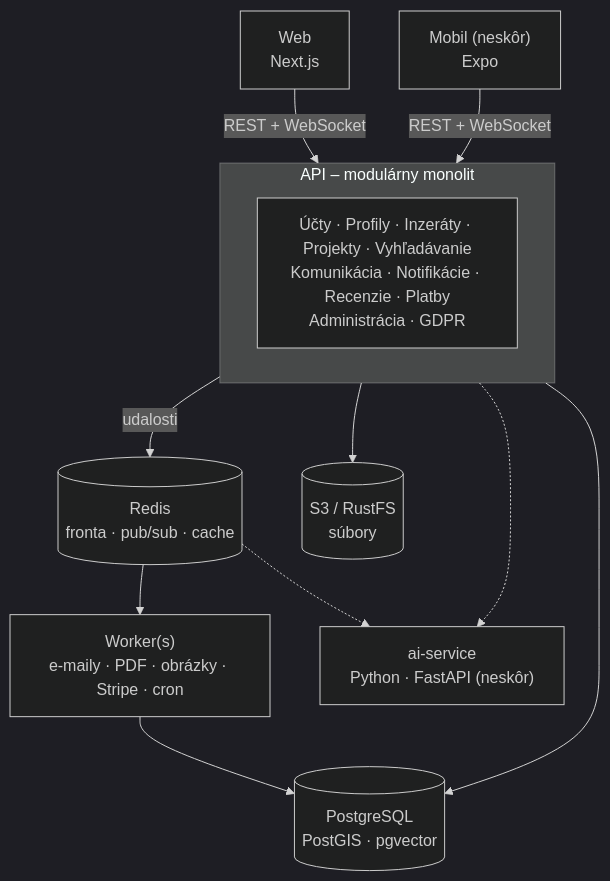
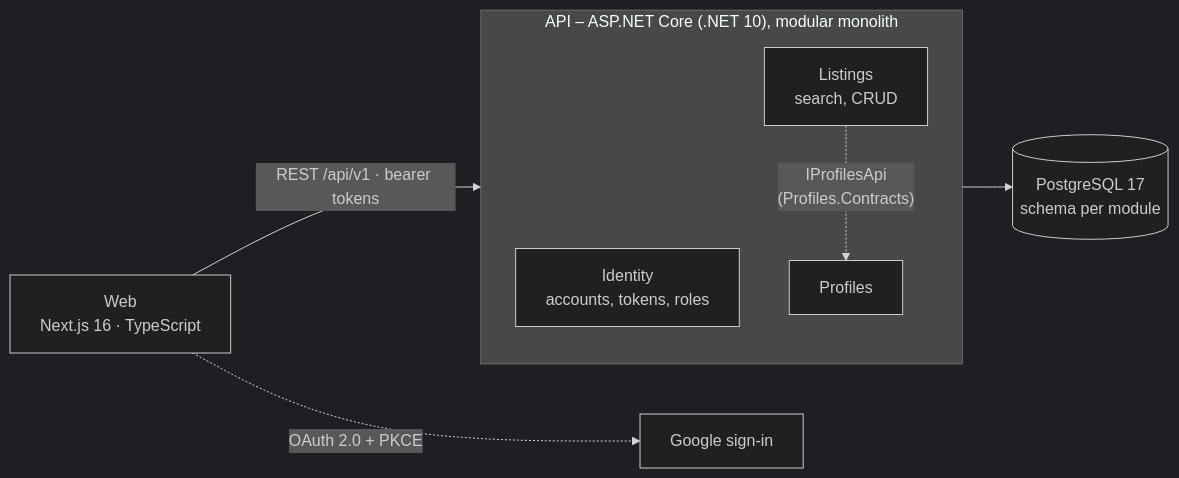
The diagram in README.md (Petus19/Vybavim_to), drawn with Mermaid (dark theme) before and after one commit. The commit also changed other lines of this file and 23 other files, not shown here.

````diff
--- a/README.md
+++ b/README.md
@@ -115,25 +38,12 @@
 ```mermaid
-flowchart TB
-    web["Web<br/>Next.js"]
-    mobile["Mobil (neskôr)<br/>Expo"]
-
-    subgraph api["API – modulárny monolit"]
-        modules["Účty · Profily · Inzeráty · Projekty · Vyhľadávanie<br/>Komunikácia · Notifikácie · Recenzie · Platby<br/>Administrácia · GDPR"]
+flowchart LR
+    web["Web<br/>Next.js 16 · TypeScript"] -->|"REST /api/v1 · bearer tokens"| api
+    subgraph api["API – ASP.NET Core (.NET 10), modular monolith"]
+        identity["Identity<br/>accounts, tokens, roles"]
+        profiles["Profiles"]
+        listings["Listings<br/>search, CRUD"]
+        listings -. "IProfilesApi<br/>(Profiles.Contracts)" .-> profiles
     end
-
-    db[("PostgreSQL<br/>PostGIS · pgvector")]
-    redis[("Redis<br/>fronta · pub/sub · cache")]
-    storage[("S3 / RustFS<br/>súbory")]
-    worker["Worker(s)<br/>e-maily · PDF · obrázky · Stripe · cron"]
-    ai["ai-service<br/>Python · FastAPI (neskôr)"]
-
-    web -->|REST + WebSocket| api
-    mobile -->|REST + WebSocket| api
-    api --> db
-    api --> storage
-    api -->|udalosti| redis
-    redis --> worker
-    worker --> db
-    redis -.-> ai
-    api -.-> ai
+    api --> db[("PostgreSQL 17<br/>schema per module")]
+    web -. "OAuth 2.0 + PKCE" .-> google["Google sign-in"]
 ```
````
